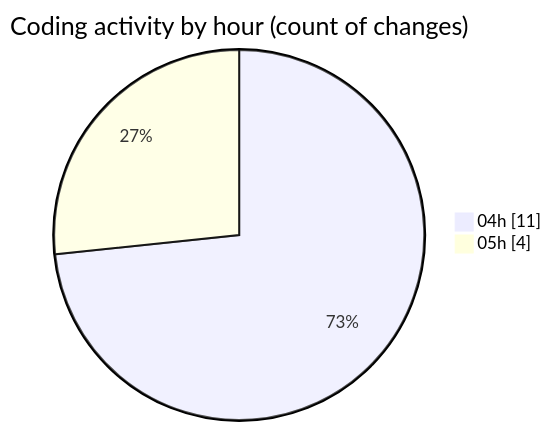
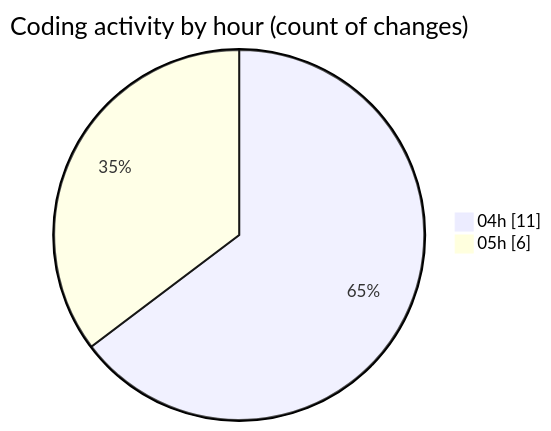
The second of 2 diagrams in 2025-03-27/autodidak/README.md (idhammustaqopulfikri/code-tracking), drawn with Mermaid before and after one commit. The commit also changed other lines of this file and 1 other file, not shown here.

````diff
--- a/2025-03-27/autodidak/README.md
+++ b/2025-03-27/autodidak/README.md
@@ -32,6 +32,6 @@
 ```mermaid
 pie showData
 title Coding activity by hour (count of changes)
 "04h" : 11
-"05h" : 4
+"05h" : 6
 ```
````
